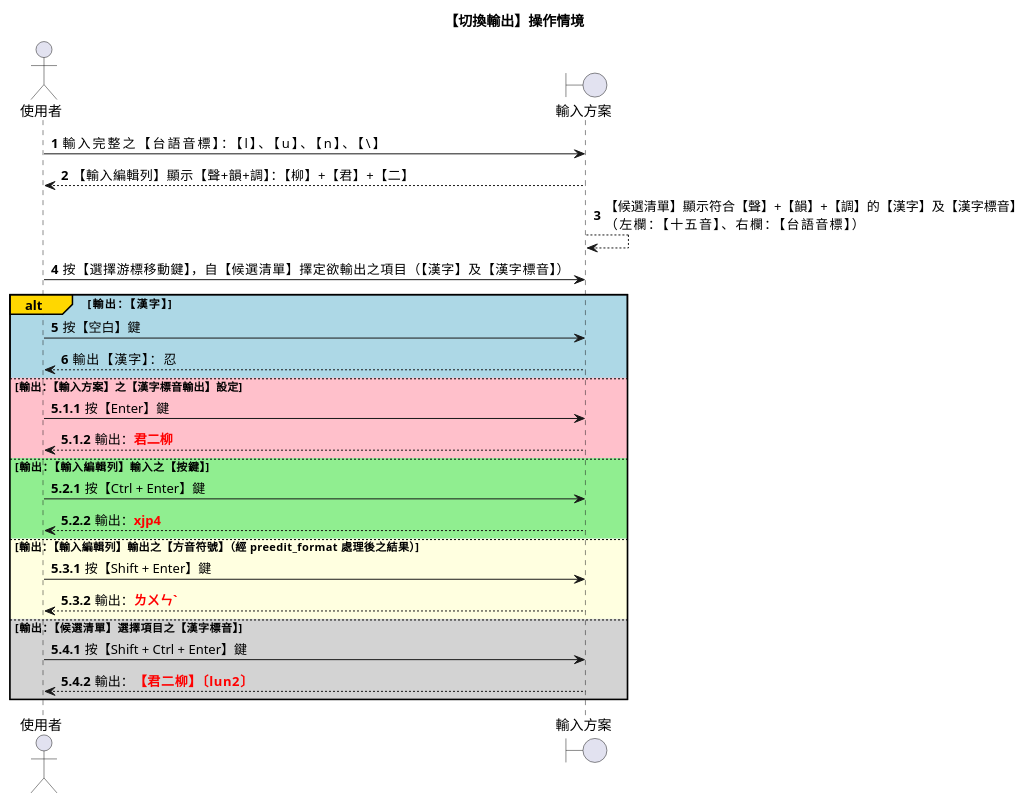
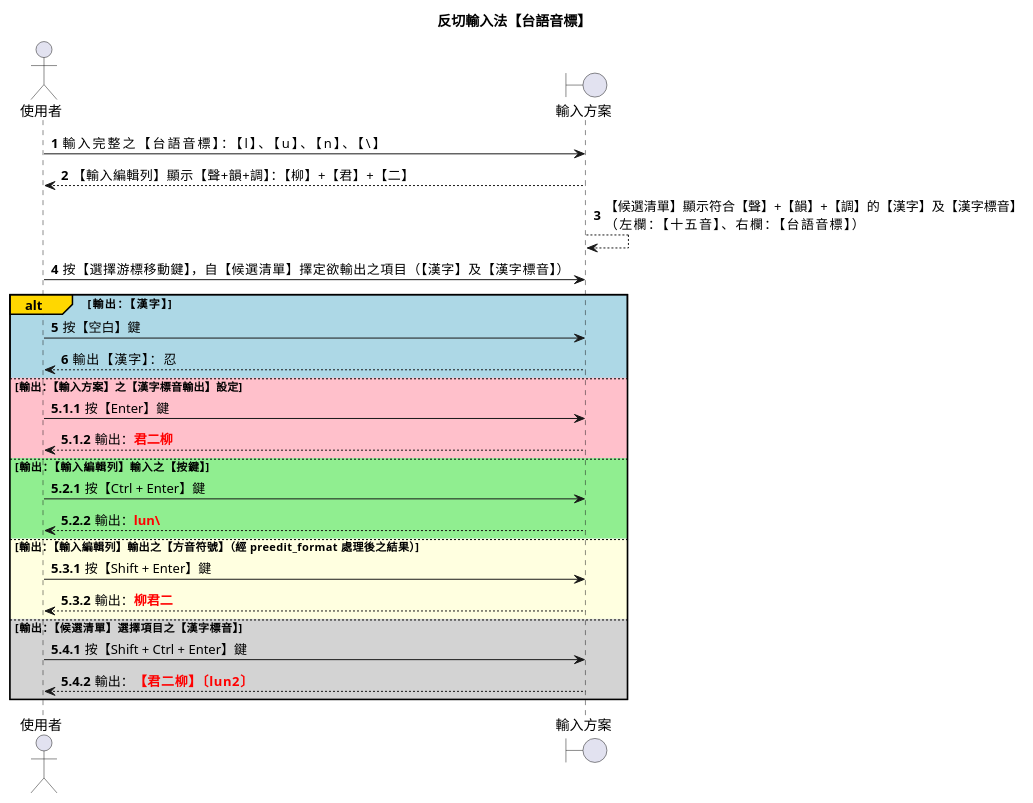
Diagram 11 of 13 in docs/310_反切輸入法【台語音標】設計規格.md (AlanJui/rime-tlpa), drawn with PlantUML before and after one commit. The commit also changed other lines of this file and 1 other file, not shown here.

````diff
--- a/docs/310_反切輸入法【台語音標】設計規格.md
+++ b/docs/310_反切輸入法【台語音標】設計規格.md
@@ -536,40 +541,40 @@
 ```plantuml
 @startuml
-title 【切換輸出】操作情境
+title 反切輸入法【台語音標】
 actor 使用者 as user
 boundary 輸入方案 as ime
 autonumber
 
 user -> ime : 輸入完整之【台語音標】：【l】、【u】、【n】、【\】
 ime --> user : 【輸入編輯列】顯示【聲+韻+調】：【柳】+【君】+【二】
 ime --> ime : 【候選清單】顯示符合【聲】+【韻】+【調】的【漢字】及【漢字標音】\n（左欄：【十五音】、右欄：【台語音標】）
 
 user -> ime : 按【選擇游標移動鍵】，自【候選清單】擇定欲輸出之項目（【漢字】及【漢字標音】）
 
 alt#Gold #LightBlue 輸出：【漢字】
     user -> ime : 按【空白】鍵
     ime --> user : 輸出【漢字】：忍
 
 autonumber 5.1.1
 else #Pink 輸出：【輸入方案】之【漢字標音輸出】設定
     user -> ime : 按【Enter】鍵
     ime --> user : 輸出：<font color=red><b>君二柳
 
 autonumber 5.2.1
 else #LightGreen 輸出：【輸入編輯列】輸入之【按鍵】
     user -> ime : 按【Ctrl + Enter】鍵
-    ime --> user : 輸出：<font color=red><b>xjp4
+    ime --> user : 輸出：<font color=red><b>lun\\
 
 autonumber 5.3.1
 else #LightYellow 輸出：【輸入編輯列】輸出之【方音符號】（經 preedit_format 處理後之結果）
     user -> ime : 按【Shift + Enter】鍵
-    ime --> user : 輸出：<font color=red><b>ㄌㄨㄣˋ
+    ime --> user : 輸出：<font color=red><b>柳君二
 
 autonumber 5.4.1
 else #LightGrey 輸出：【候選清單】選擇項目之【漢字標音】
     user -> ime : 按【Shift + Ctrl + Enter】鍵
     ime --> user : 輸出：<font color=red><b>【君二柳】〔lun2〕
 end
 
 @enduml
 ```
````
